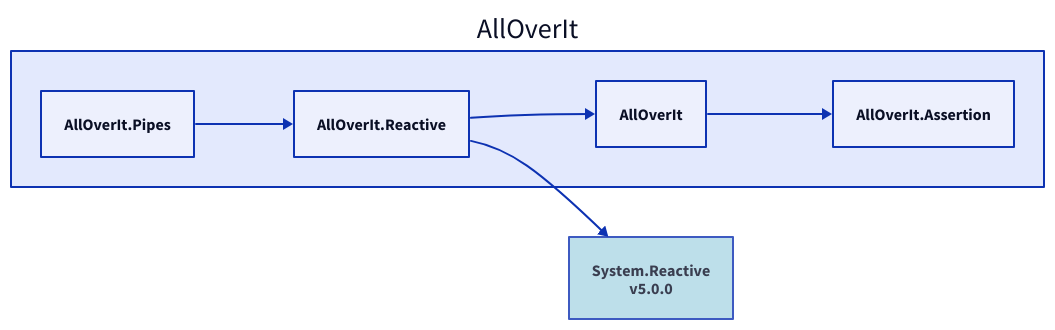
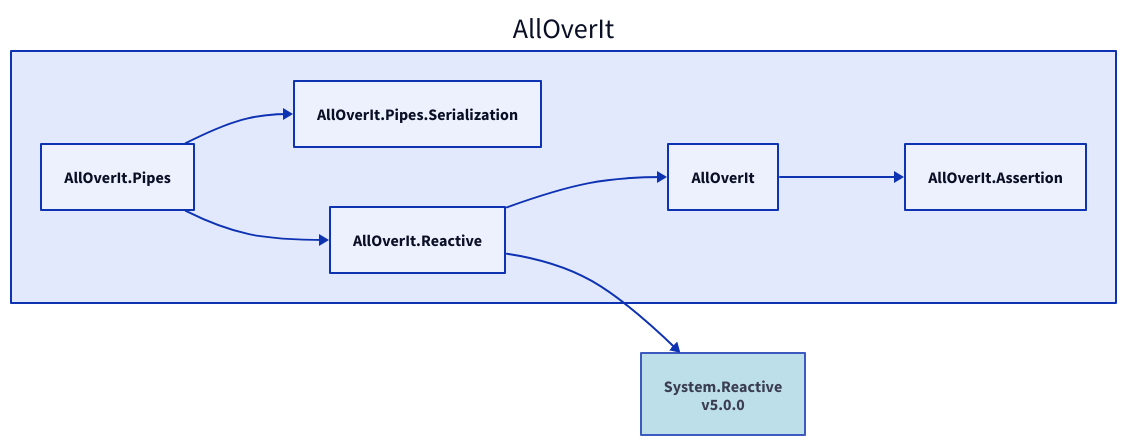
The diagram in Docs/Dependencies/alloverit-pipes.d2 (nickathone/AllOverIt), drawn with D2 before and after one commit. The commit also changed 75 other files, not shown here.

Commit message:
Pipes + serialization updates

```diff
--- a/Docs/Dependencies/alloverit-pipes.d2
+++ b/Docs/Dependencies/alloverit-pipes.d2
@@ -1,14 +1,16 @@
 direction: right
 
 aoi: AllOverIt
 aoi.alloverit-pipes: AllOverIt.Pipes
+aoi.alloverit-pipes-serialization: AllOverIt.Pipes.Serialization
+aoi.alloverit-pipes-serialization <- aoi.alloverit-pipes
 aoi.alloverit-reactive: AllOverIt.Reactive
 system-reactive_5-0-0: System.Reactive\nv5.0.0
 system-reactive_5-0-0.style.fill: "#ADD8E6"
 system-reactive_5-0-0.style.opacity: 0.8
 system-reactive_5-0-0 <- aoi.alloverit-reactive
 aoi.alloverit: AllOverIt
 aoi.alloverit-assertion: AllOverIt.Assertion
 aoi.alloverit-assertion <- aoi.alloverit
 aoi.alloverit <- aoi.alloverit-reactive
 aoi.alloverit-reactive <- aoi.alloverit-pipes
```
